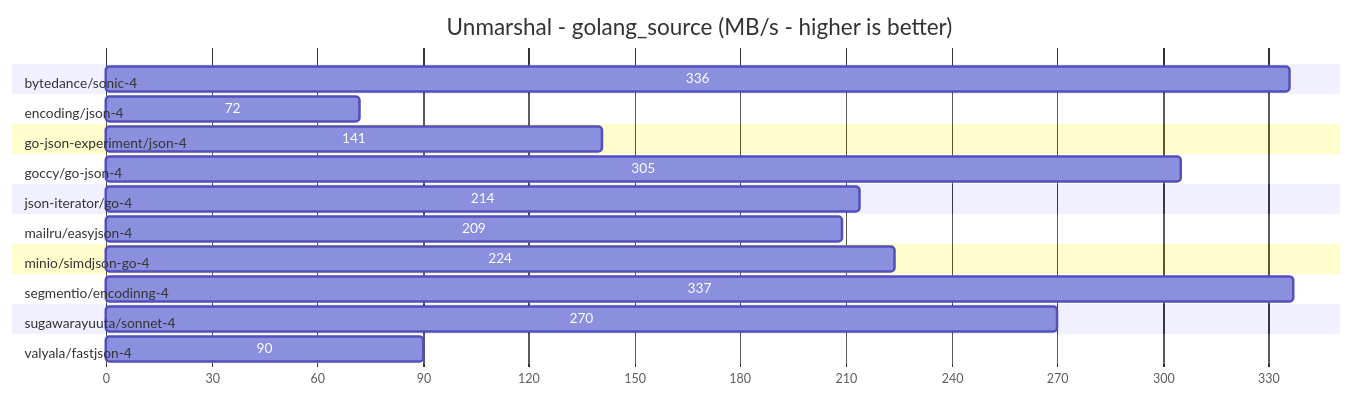
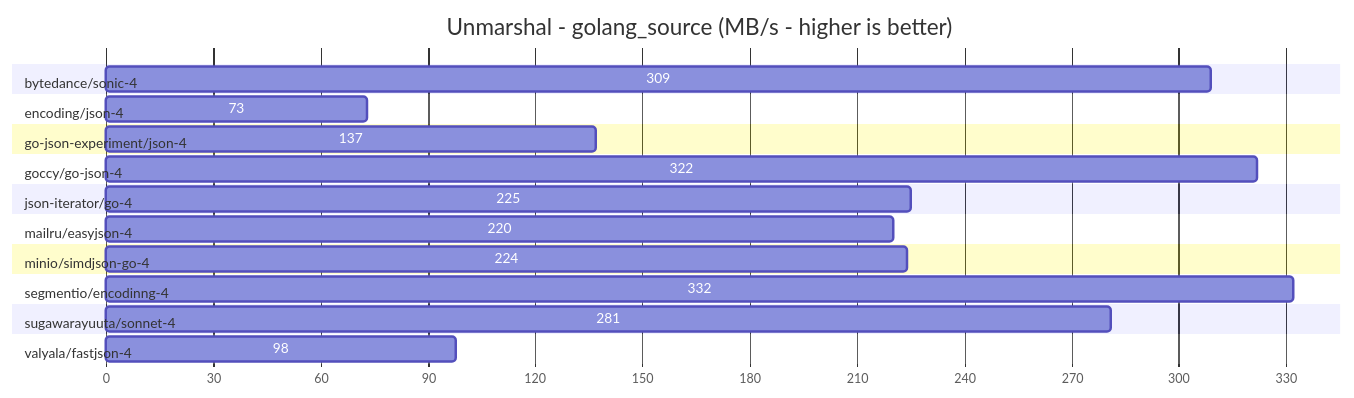
Before and after one commit to sugawarayuuta/benchmark: the ninth of 12 diagrams in README.md, drawn with Mermaid. The commit also changed other lines of this file and 3 other files, not shown here.

````diff
--- a/README.md
+++ b/README.md
@@ -213,27 +213,27 @@
 ```mermaid
 gantt
 title Unmarshal - golang_source (MB/s - higher is better)
 dateFormat X
 axisFormat %s
 
 section bytedance/sonic-4                 
-336 :0, 336
+309 :0, 309
 section encoding/json-4                   
-72 :0, 72
+73 :0, 73
 section go-json-experiment/json-4         
-141 :0, 141
+137 :0, 137
 section goccy/go-json-4                   
-305 :0, 305
+322 :0, 322
 section json-iterator/go-4                
-214 :0, 214
+225 :0, 225
 section mailru/easyjson-4                 
-209 :0, 209
+220 :0, 220
 section minio/simdjson-go-4               
 224 :0, 224
 section segmentio/encodinng-4             
-337 :0, 337
+332 :0, 332
 section sugawarayuuta/sonnet-4            
-270 :0, 270
+281 :0, 281
 section valyala/fastjson-4                
-90 :0, 90
+98 :0, 98
 ```
````
